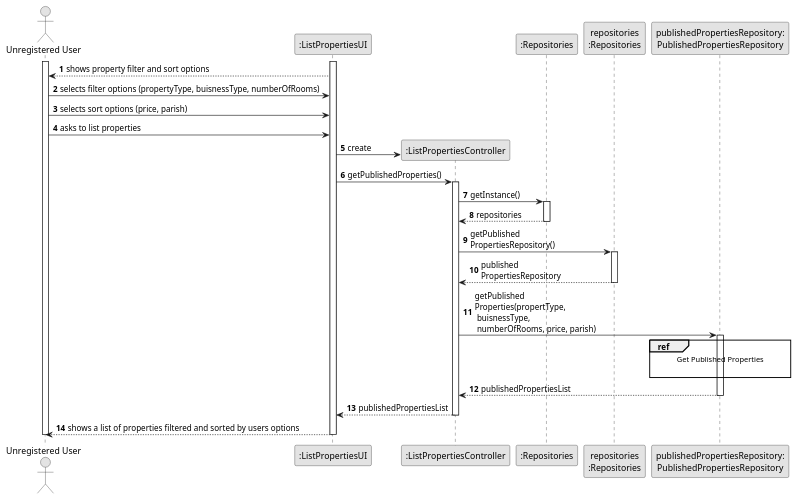
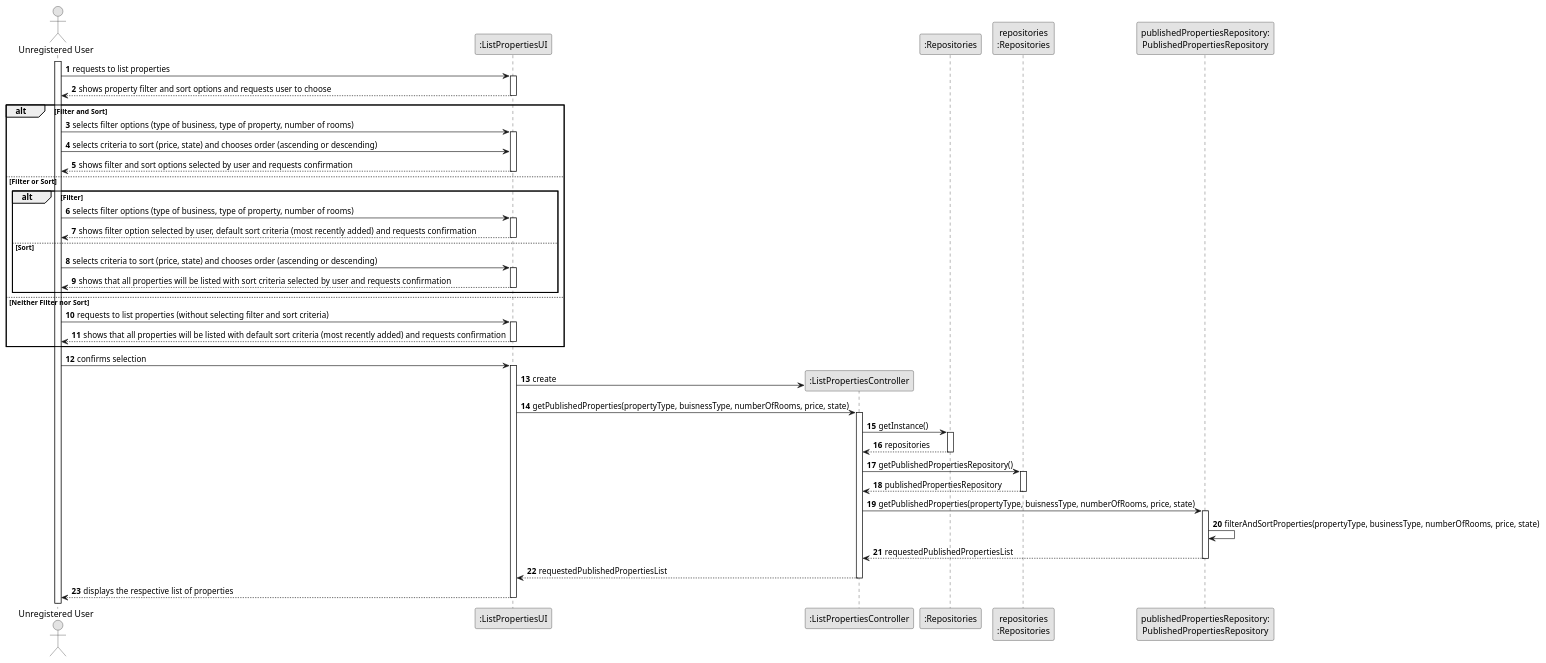
Before and after one commit to Goncalves2525/real-estate-management-system: the diagram in docs/sprintB/us001/03.design/puml/us001-sequence-diagram-split.puml, drawn with PlantUML. The commit also changed 10 other files, not shown here.

```diff
--- a/docs/sprintB/us001/03.design/puml/us001-sequence-diagram-split.puml
+++ b/docs/sprintB/us001/03.design/puml/us001-sequence-diagram-split.puml
@@ -1,65 +1,101 @@
 @startuml
 skinparam monochrome true
 skinparam packageStyle rectangle
 skinparam shadowing false
 
 autonumber
 
 'hide footbox
 actor "Unregistered User" as uUser
 participant ":ListPropertiesUI" as UI
 participant ":ListPropertiesController" as CTRL
 participant ":Repositories" as REPOS
 participant "repositories\n:Repositories" as repos
 participant "publishedPropertiesRepository:\nPublishedPropertiesRepository" as PublishedPropertiesRepository
 
 activate uUser
 
+            uUser -> UI : requests to list properties
+            activate UI
+
+            UI --> uUser : shows property filter and sort options and requests user to choose
+
+            deactivate UI
 
 
-        activate UI
+            alt Filter and Sort
 
-'
-            UI --> uUser : shows property filter and sort options
-            uUser -> UI : selects filter options (propertyType, buisnessType, numberOfRooms)
-            uUser -> UI : selects sort options (price, parish)
-            uUser -> UI : asks to list properties
+                uUser -> UI : selects filter options (type of business, type of property, number of rooms)
+                activate UI
+
+                uUser -> UI : selects criteria to sort (price, state) and chooses order (ascending or descending)
+                deactivate PublishedPropertiesRepository
+
+
+                UI --> uUser : shows filter and sort options selected by user and requests confirmation
+                deactivate UI
+
+            else Filter or Sort
+
+                alt Filter
+                    uUser -> UI : selects filter options (type of business, type of property, number of rooms)
+                    activate UI
+
+                    UI --> uUser: shows filter option selected by user, default sort criteria (most recently added) and requests confirmation
+                    deactivate UI
+
+                else Sort
+                    uUser -> UI: selects criteria to sort (price, state) and chooses order (ascending or descending)
+                    activate UI
+
+                    UI --> uUser : shows that all properties will be listed with sort criteria selected by user and requests confirmation
+                    deactivate UI
+                end
+
+            else Neither Filter nor Sort
+                uUser -> UI : requests to list properties (without selecting filter and sort criteria)
+                activate UI
+
+                UI --> uUser : shows that all properties will be listed with default sort criteria (most recently added) and requests confirmation
+                deactivate UI
+
+            end
+
+            uUser -> UI : confirms selection
+            activate UI
+
             UI -> CTRL** : create
+            UI -> CTRL : getPublishedProperties(propertyType, buisnessType, numberOfRooms, price, state)
 
-            UI -> CTRL : getPublishedProperties()
             activate CTRL
 
-                CTRL -> REPOS : getInstance()
-                activate REPOS
+            CTRL -> REPOS : getInstance()
+            activate REPOS
 
-                    REPOS --> CTRL: repositories
-                deactivate REPOS
+            REPOS --> CTRL: repositories
+            deactivate REPOS
 
-                CTRL -> repos : getPublished\nPropertiesRepository()
-                activate repos
+            CTRL -> repos : getPublishedPropertiesRepository()
+            activate repos
 
-                    repos --> CTRL: published\nPropertiesRepository
-                deactivate repos
+            repos --> CTRL: publishedPropertiesRepository
+            deactivate repos
 
-                CTRL -> PublishedPropertiesRepository : getPublished\nProperties(propertType,\n buisnessType,\n numberOfRooms, price, parish)
-                activate PublishedPropertiesRepository
-                    ref over PublishedPropertiesRepository
-                        Get Published Properties
+            CTRL -> PublishedPropertiesRepository : getPublishedProperties(propertyType, buisnessType, numberOfRooms, price, state)
+            activate PublishedPropertiesRepository
 
-                    end ref
-                    PublishedPropertiesRepository --> CTRL : publishedPropertiesList
-                deactivate PublishedPropertiesRepository
+            PublishedPropertiesRepository -> PublishedPropertiesRepository : filterAndSortProperties(propertyType, businessType, numberOfRooms, price, state)
+
+            PublishedPropertiesRepository --> CTRL : requestedPublishedPropertiesList
+            deactivate PublishedPropertiesRepository
+
+            CTRL --> UI : requestedPublishedPropertiesList
+            deactivate CTRL
+
+            UI --> uUser : displays the respective list of properties
+            deactivate UI
 
 
 
 
-
-                CTRL --> UI : publishedPropertiesList
-            deactivate CTRL
-
-            UI --> uUser : shows a list of properties filtered and sorted by users options
-        deactivate UI
-
-deactivate uUser
-
 @enduml
```
